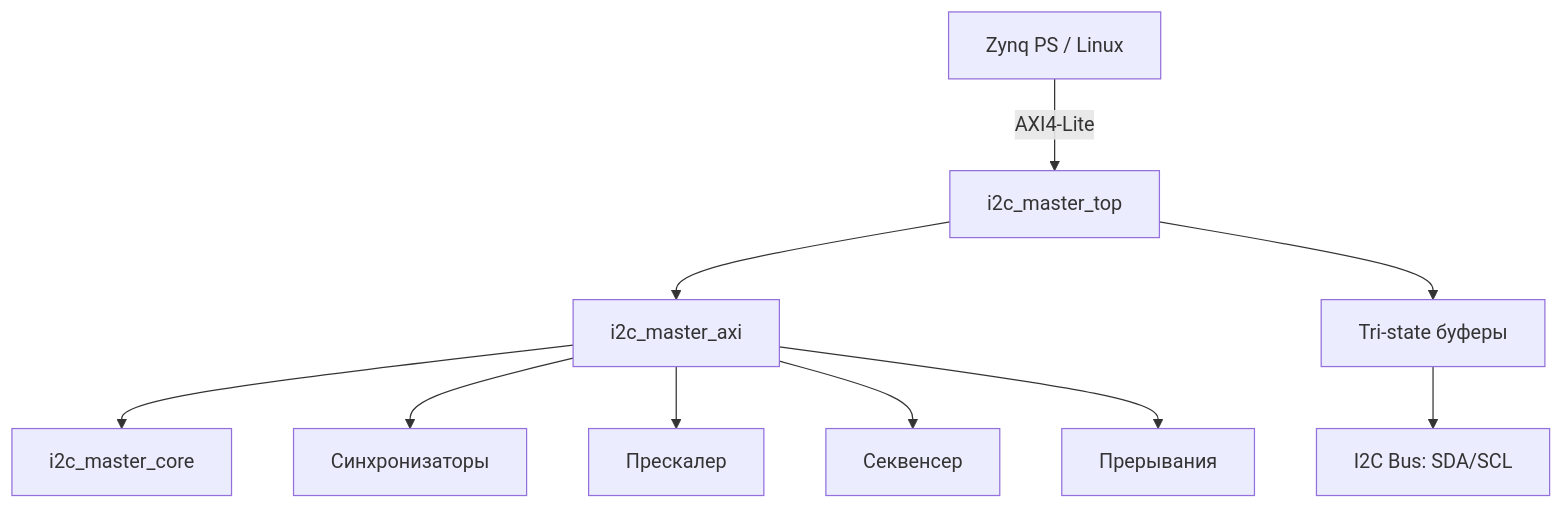
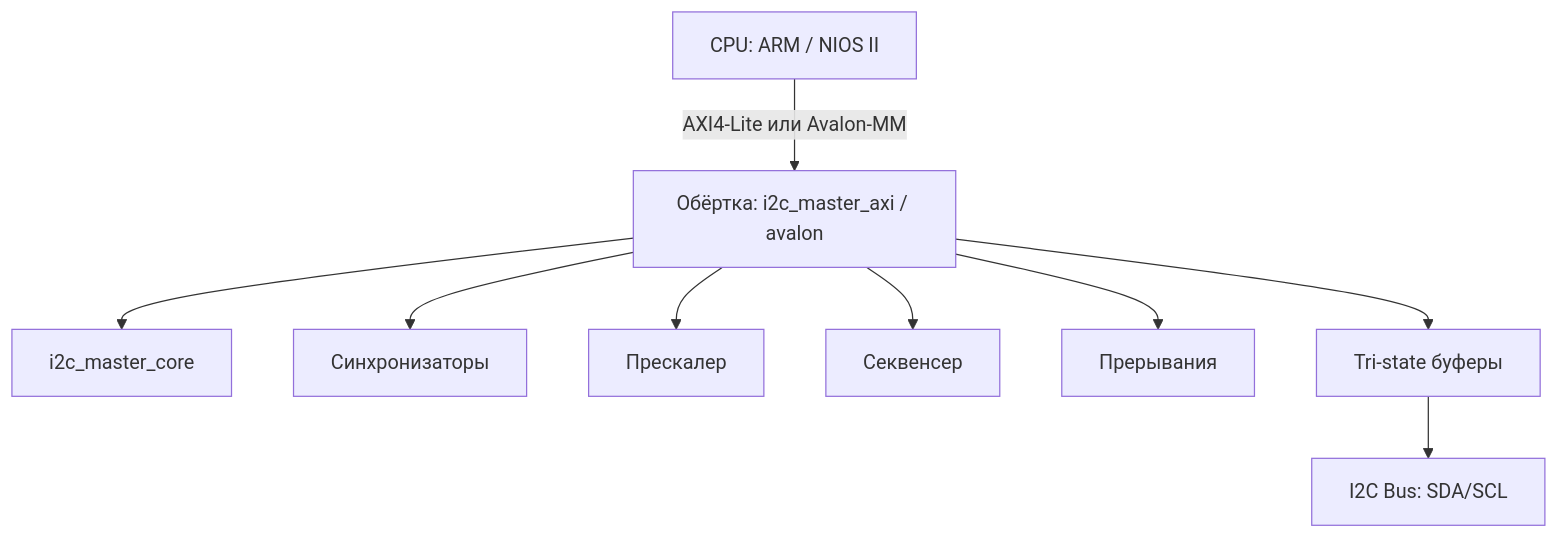
One commit to megalloid/I2C_Master_Controller changed the diagram in README.md. Above: the diagram before and after it, drawn with Mermaid. The commit also changed other lines of this file and 6 other files, not shown here.

````diff
--- a/README.md
+++ b/README.md
@@ -19,12 +23,11 @@
 ```mermaid
 graph TD
-    PS[Zynq PS / Linux] -->|AXI4-Lite| TOP[i2c_master_top]
-    TOP --> AXI[i2c_master_axi]
-    AXI --> CORE[i2c_master_core]
-    AXI --> SYNC[Синхронизаторы]
-    AXI --> PRE[Прескалер]
-    AXI --> SEQ[Секвенсер]
-    AXI --> IRQ[Прерывания]
-    TOP --> BUF[Tri-state буферы]
+    PS[CPU: ARM / NIOS II] -->|AXI4-Lite или Avalon-MM| WRAP[Обёртка: i2c_master_axi / avalon]
+    WRAP --> CORE[i2c_master_core]
+    WRAP --> SYNC[Синхронизаторы]
+    WRAP --> PRE[Прескалер]
+    WRAP --> SEQ[Секвенсер]
+    WRAP --> IRQ[Прерывания]
+    WRAP --> BUF[Tri-state буферы]
     BUF --> BUS[I2C Bus: SDA/SCL]
 ```
````
